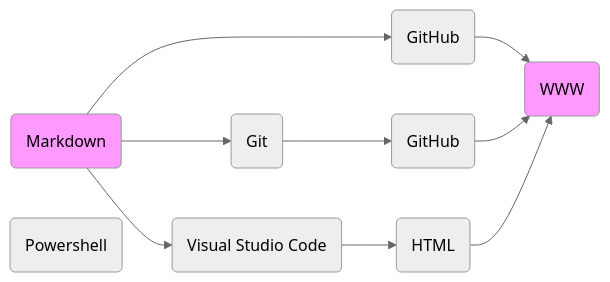
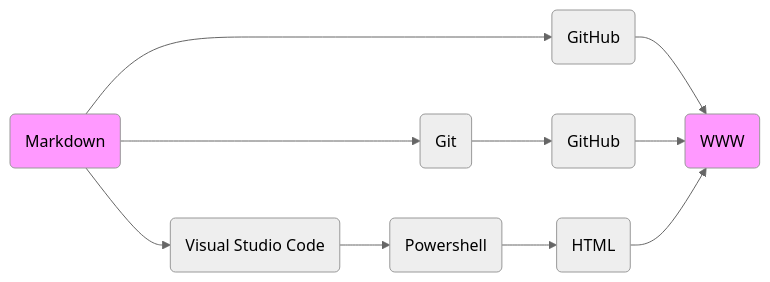
Before and after one commit to phdonner/phdonner: the diagram in README.md, drawn with Mermaid (neutral theme).

````diff
--- a/README.md
+++ b/README.md
@@ -27,16 +27,16 @@
 ```mermaid
 flowchart LR
     id1(Markdown)
     id2(GitHub)
     id3(WWW)
     id4(Git)
     id5(GitHub)
     id6(Visual Studio Code)
     id7(Powershell)
     id8(HTML)
     id1-->id2-->id3;
     id1-->id4-->id5-->id3;
-    id1-->id6-->id8-->id3;
+    id1-->id6-->id7-->id8-->id3;
 style id1 fill:#f9f;
 style id3 fill:#f9f;
 ```
````
